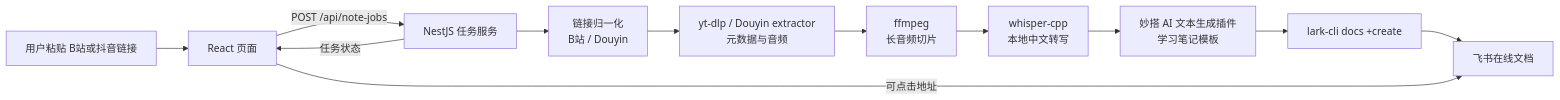
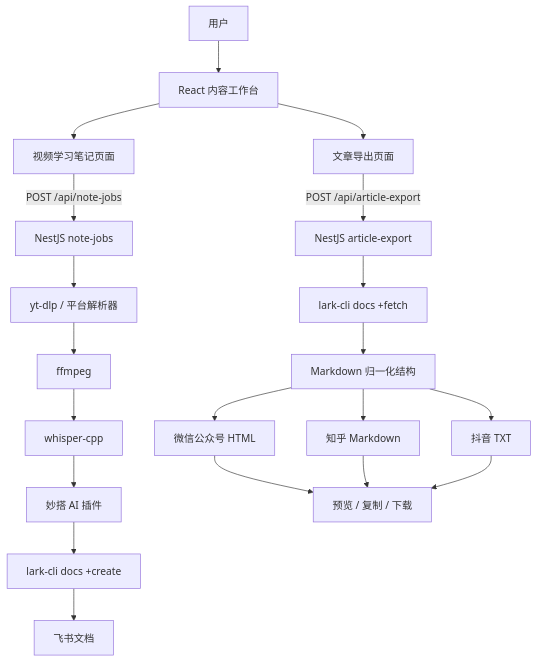
Before and after one commit to guangquan123/media-notes-workbench: the second of 4 diagrams in docs/PROJECT_GUIDE.md, drawn with Mermaid. The commit also changed other lines of this file and 4 other files, not shown here.

````diff
--- a/docs/PROJECT_GUIDE.md
+++ b/docs/PROJECT_GUIDE.md
@@ -27,14 +75,24 @@
 ```mermaid
-flowchart LR
-    U[用户粘贴 B站或抖音链接] --> FE[React 页面]
-    FE -->|POST /api/note-jobs| API[NestJS 任务服务]
-    API --> IN[链接归一化<br/>B站 / Douyin]
-    IN --> YT[yt-dlp / Douyin extractor<br/>元数据与音频]
-    YT --> FF[ffmpeg<br/>长音频切片]
-    FF --> WH[whisper-cpp<br/>本地中文转写]
-    WH --> AI[妙搭 AI 文本生成插件<br/>学习笔记模板]
-    AI --> LC[lark-cli docs +create]
-    LC --> DOC[飞书在线文档]
-    API -->|任务状态| FE
-    FE -->|可点击地址| DOC
+flowchart TB
+    U[用户] --> ENTRY[React 内容工作台]
+    ENTRY --> VN[视频学习笔记页面]
+    ENTRY --> AE[文章导出页面]
+
+    VN -->|POST /api/note-jobs| NJ[NestJS note-jobs]
+    NJ --> YT[yt-dlp / 平台解析器]
+    YT --> FF[ffmpeg]
+    FF --> WH[whisper-cpp]
+    WH --> AI[妙搭 AI 插件]
+    AI --> CREATE[lark-cli docs +create]
+    CREATE --> DOC[飞书文档]
+
+    AE -->|POST /api/article-export| AJ[NestJS article-export]
+    AJ --> FETCH[lark-cli docs +fetch]
+    FETCH --> AST[Markdown 归一化结构]
+    AST --> WR[微信公众号 HTML]
+    AST --> ZR[知乎 Markdown]
+    AST --> DR[抖音 TXT]
+    WR --> ART[预览 / 复制 / 下载]
+    ZR --> ART
+    DR --> ART
 ```
````
